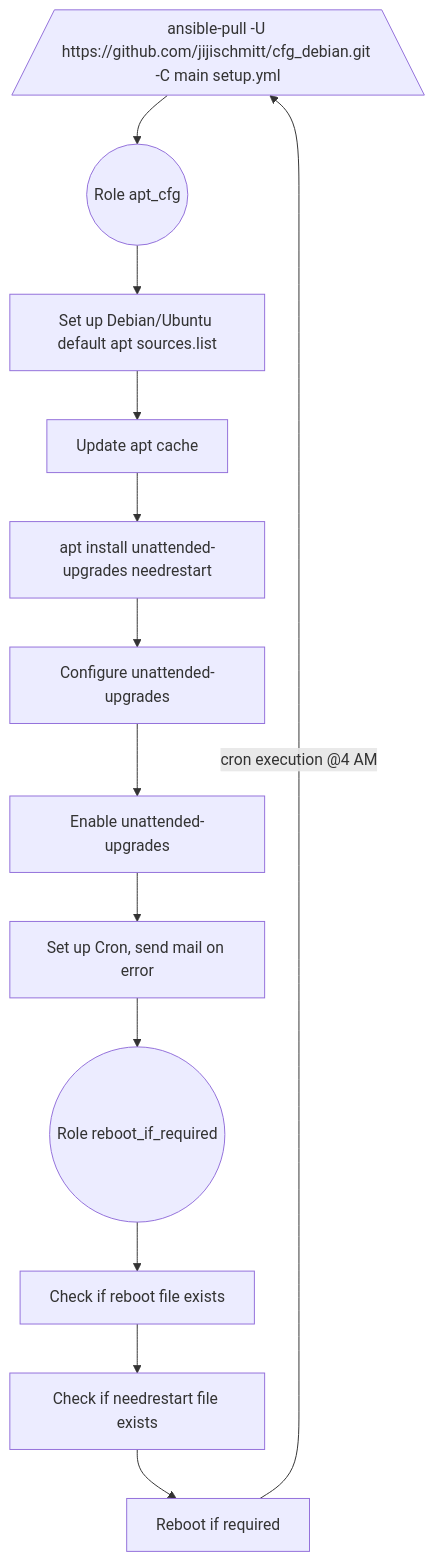
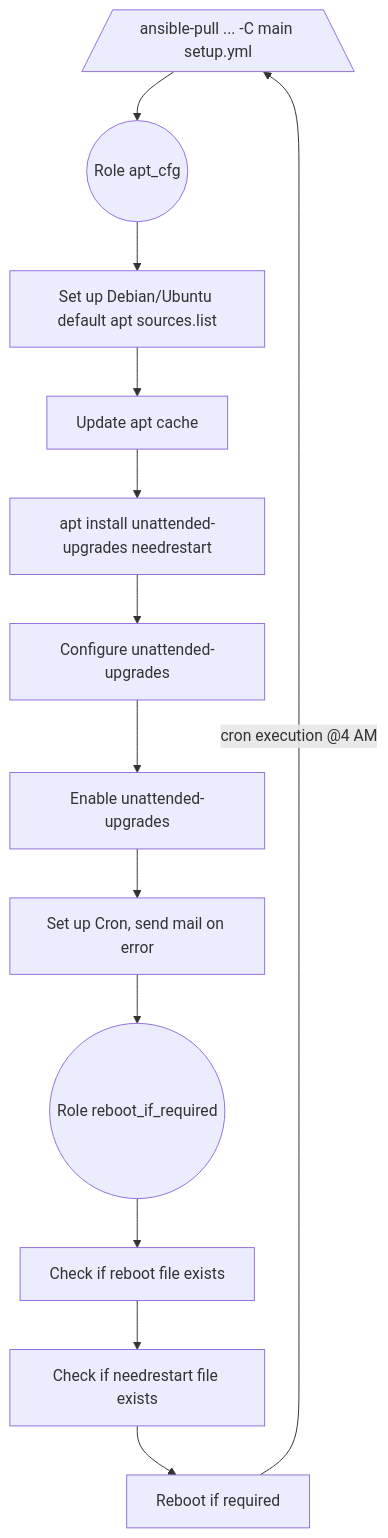
One commit to jijischmitt/cfg_debian changed the diagram in README.md. Above: the diagram before and after it, drawn with Mermaid.

````diff
--- a/README.md
+++ b/README.md
@@ -21,21 +21,21 @@
 ```mermaid
 graph TD
-    A[/"`ansible-pull -U https://github.com/jijischmitt/cfg_debian.git -C main setup.yml`"\]
+    A[/"`ansible-pull ... -C main setup.yml`"\]
     R1(("`Role apt_cfg`")) 
     R1Ta1[Set up Debian/Ubuntu default apt sources.list]
     R1Ta2[Update apt cache]
     R1Ta3[apt install unattended-upgrades needrestart]
     R1Ta4[Configure unattended-upgrades]
     R1Ta5[Enable unattended-upgrades]
     R1Ta6[Set up Cron, send mail on error ]
     R2(("`Role reboot_if_required`")) 
     R2ta1[Check if reboot file exists]
     R2ta2[Check if needrestart file exists]
     R2ta3[Reboot if required]
     
 A --> R1
 R1 --> R1Ta1 --> R1Ta2 --> R1Ta3 --> R1Ta4 --> R1Ta5 --> R1Ta6 
 R1Ta6 --> R2
 R2 --> R2ta1 --> R2ta2 --> R2ta3
 R2ta3 -->|cron execution @4 AM | A
 ```
````
